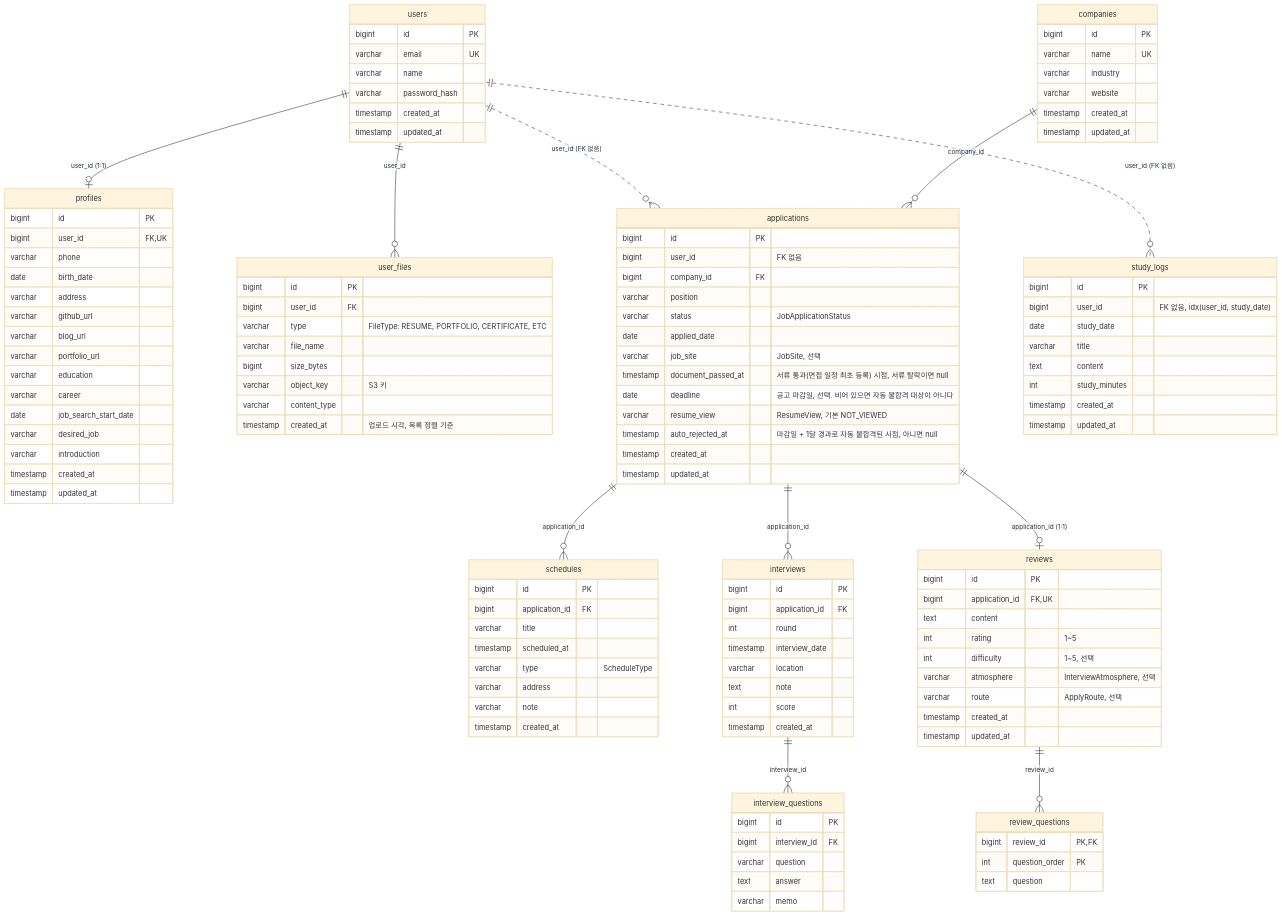
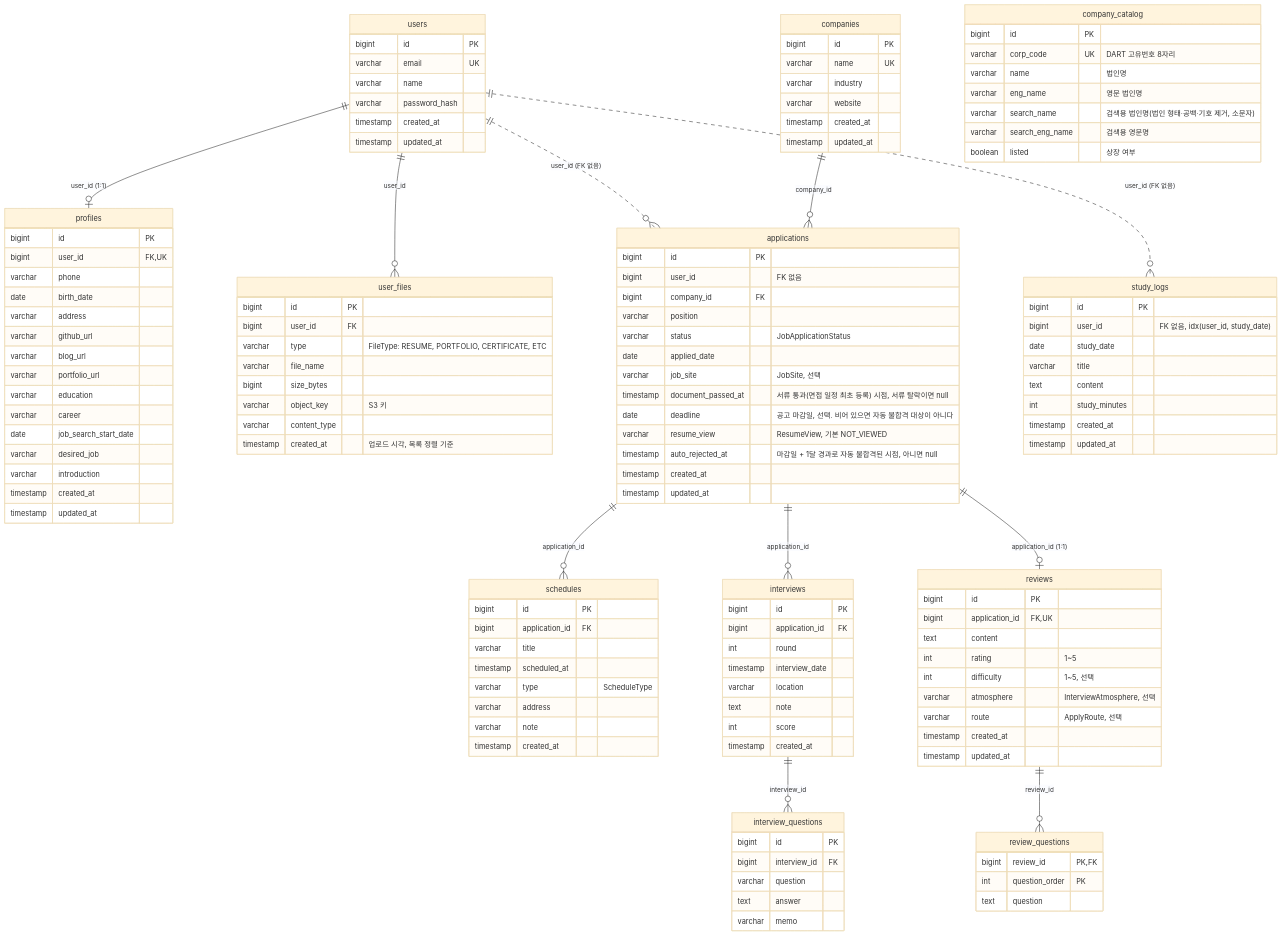
One commit to MyeongSooJang/ssangtteongnip-backend changed the diagram in docs/ERD.md. Above: the diagram before and after it, drawn with Mermaid (base theme). The commit also changed other lines of this file and 2 other files, not shown here.

Commit message:
feat(company): 회사 카탈로그 엔티티와 검색용 이름 정규화 추가
회사를 직접 등록하는 불편을 줄이려고 공개 기업 목록(DART)을 자동완성 후보로 쓴다.
12만 건을 companies에 넣으면 전체 조회가 깨지므로 별도 테이블로 둔다.
- CompanyCatalogEntry: 고유번호, 법인명, 영문명, 상장 여부와 검색용 이름
- 법인 형태·공백·기호를 지우고 소문자로 맞추는 정규화 규칙을 엔티티가 가짐
- 유동화전문회사·사모펀드 같은 금융 목적 법인은 취업 대상에서 제외하는 판단
- docs/ERD.md에 company_catalog 추가

```diff
--- a/docs/ERD.md
+++ b/docs/ERD.md
@@ -57,6 +57,15 @@
         varchar website
         timestamp created_at
         timestamp updated_at
+    }
+    company_catalog {
+        bigint id PK
+        varchar corp_code UK "DART 고유번호 8자리"
+        varchar name "법인명"
+        varchar eng_name "영문 법인명"
+        varchar search_name "검색용 법인명(법인 형태·공백·기호 제거, 소문자)"
+        varchar search_eng_name "검색용 영문명"
+        boolean listed "상장 여부"
     }
     applications {
         bigint id PK
```
